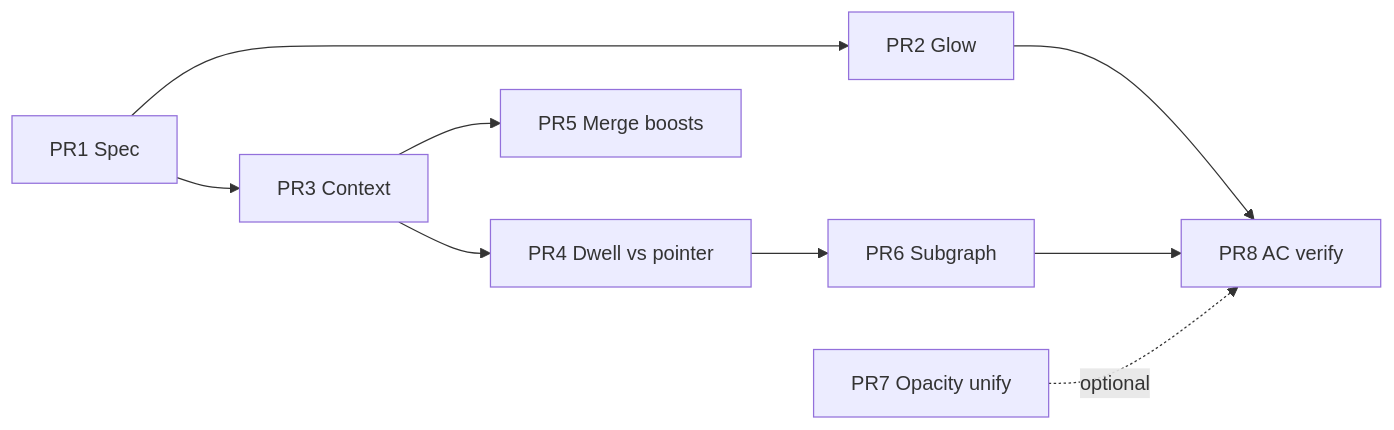
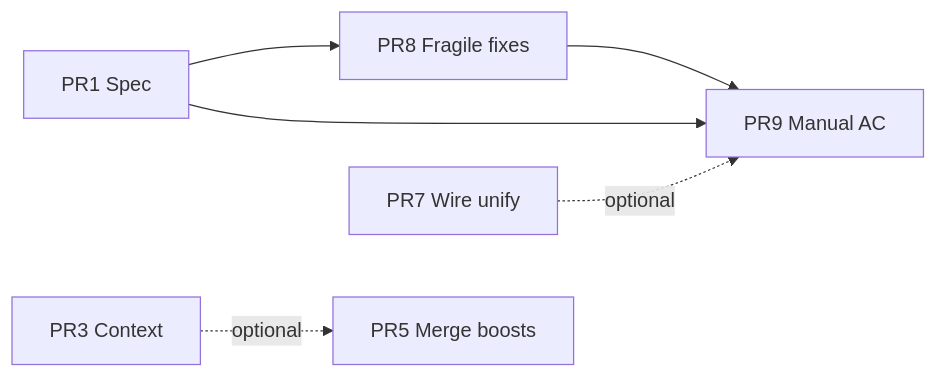
Before and after one commit to matkleve/codegrapher: the diagram in docs/project/trace-strength-refactor-plan.md, drawn with Mermaid. The commit also changed other lines of this file and 48 other files, not shown here.

````diff
--- a/docs/project/trace-strength-refactor-plan.md
+++ b/docs/project/trace-strength-refactor-plan.md
@@ -149,11 +148,8 @@
 ```mermaid
 flowchart LR
-  PR1[PR1 Spec] --> PR2[PR2 Glow]
-  PR1 --> PR3[PR3 Context]
-  PR3 --> PR4[PR4 Dwell vs pointer]
-  PR3 --> PR5[PR5 Merge boosts]
-  PR4 --> PR6[PR6 Subgraph]
-  PR2 --> PR8[PR8 AC verify]
-  PR6 --> PR8
-  PR7[PR7 Opacity unify] -. optional .-> PR8
+  PR1[PR1 Spec] --> PR8[PR8 Fragile fixes]
+  PR1 --> PR9[PR9 Manual AC]
+  PR8 --> PR9
+  PR3[PR3 Context] -. optional .-> PR5[PR5 Merge boosts]
+  PR7[PR7 Wire unify] -. optional .-> PR9
 ```
````
